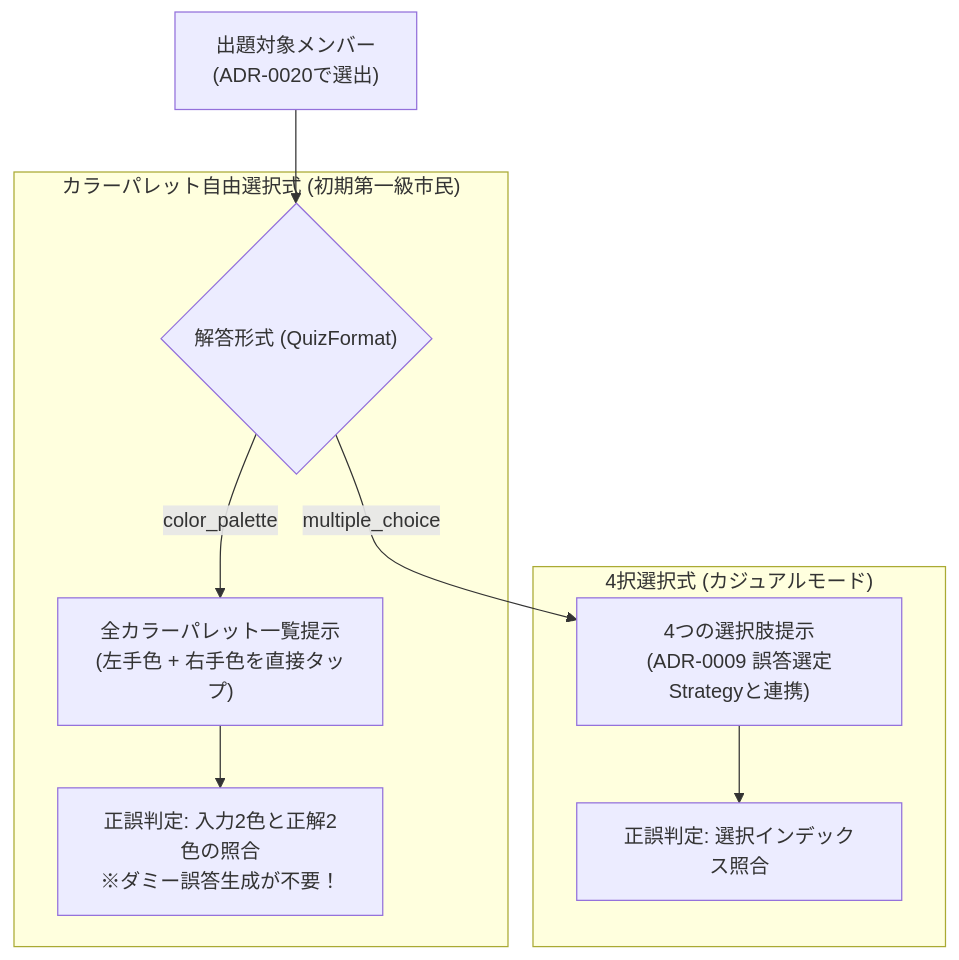
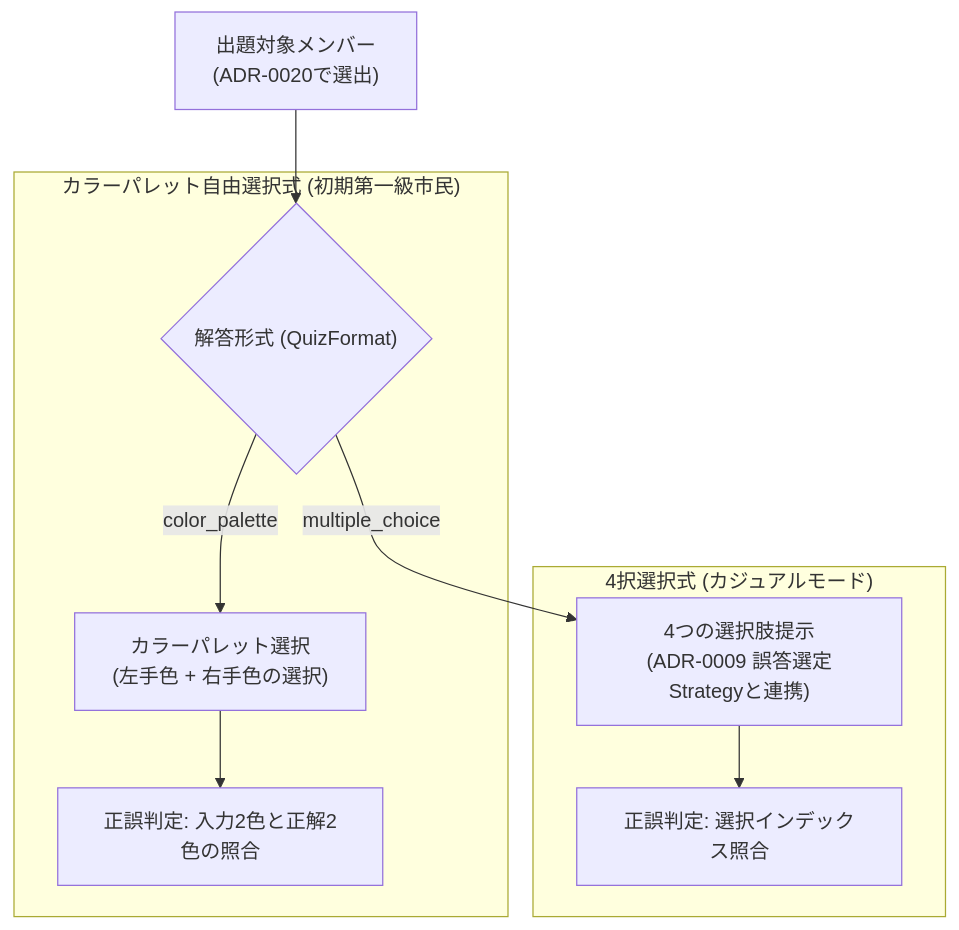
One commit to AobaIwaki123/penlight-v2 changed the diagram in adr/0019-quiz-format-strategy-and-color-palette-architecture.md. Above: the diagram before and after it, drawn with Mermaid. The commit also changed other lines of this file, not shown here.

````diff
--- a/adr/0019-quiz-format-strategy-and-color-palette-architecture.md
+++ b/adr/0019-quiz-format-strategy-and-color-palette-architecture.md
@@ -25,14 +25,14 @@
 ```mermaid
 flowchart TD
     Target["出題対象メンバー<br/>(ADR-0020で選出)"] --> Format{"解答形式 (QuizFormat)"}
     
     subgraph Mode1 ["カラーパレット自由選択式 (初期第一級市民)"]
-        Format -->|color_palette| Pal["全カラーパレット一覧提示<br/>(左手色 + 右手色を直接タップ)"]
-        Pal --> Ver1["正誤判定: 入力2色と正解2色の照合<br/>※ダミー誤答生成が不要！"]
+        Format -->|color_palette| Pal["カラーパレット選択<br/>(左手色 + 右手色の選択)"]
+        Pal --> Ver1["正誤判定: 入力2色と正解2色の照合"]
     end
 
     subgraph Mode2 ["4択選択式 (カジュアルモード)"]
         Format -->|multiple_choice| Opt["4つの選択肢提示<br/>(ADR-0009 誤答選定Strategyと連携)"]
         Opt --> Ver2["正誤判定: 選択インデックス照合"]
     end
 ```
````
